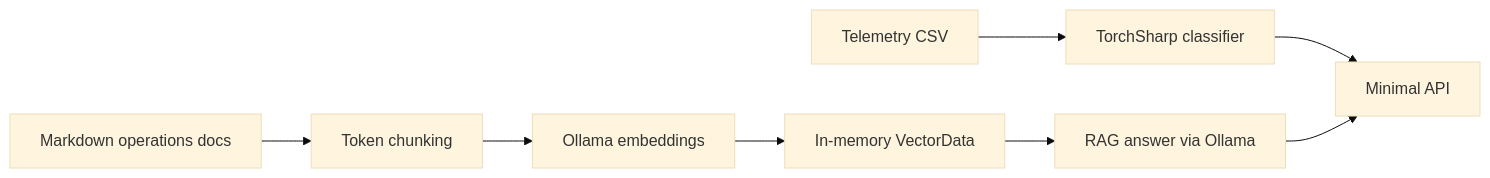
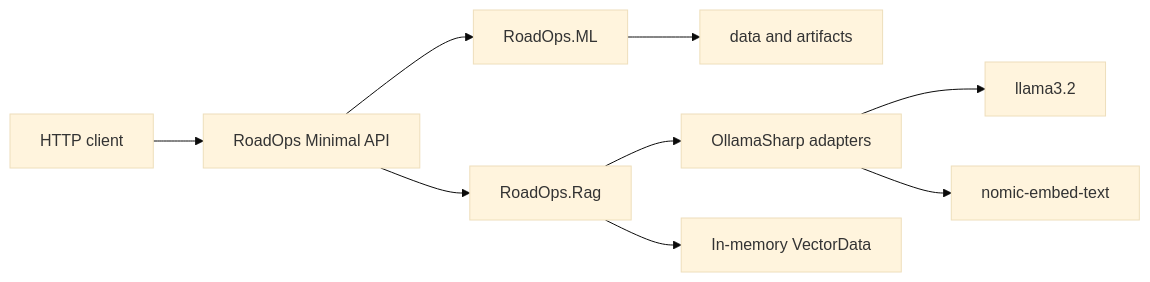
The first of 3 diagrams in README.md (ASxCRO/RoadOps.AI), drawn with Mermaid (base theme) before and after one commit. The commit also changed other lines of this file and 2 other files, not shown here.

Commit message:
http update host, readme update

````diff
--- a/README.md
+++ b/README.md
@@ -5,10 +7,11 @@
 ```mermaid
 flowchart LR
-  T[Telemetry CSV] --> M[TorchSharp classifier]
-  M --> A[Minimal API]
-  D[Markdown operations docs] --> C[Token chunking]
-  C --> E[Ollama embeddings]
-  E --> V[In-memory VectorData]
-  V --> R[RAG answer via Ollama]
-  R --> A
+  Client[HTTP client] --> Api[RoadOps Minimal API]
+  Api --> ML[RoadOps.ML]
+  Api --> RAG[RoadOps.Rag]
+  ML --> Artifacts[data and artifacts]
+  RAG --> Ollama[OllamaSharp adapters]
+  Ollama --> Chat[llama3.2]
+  Ollama --> Embed[nomic-embed-text]
+  RAG --> Store[In-memory VectorData]
 ```
````
